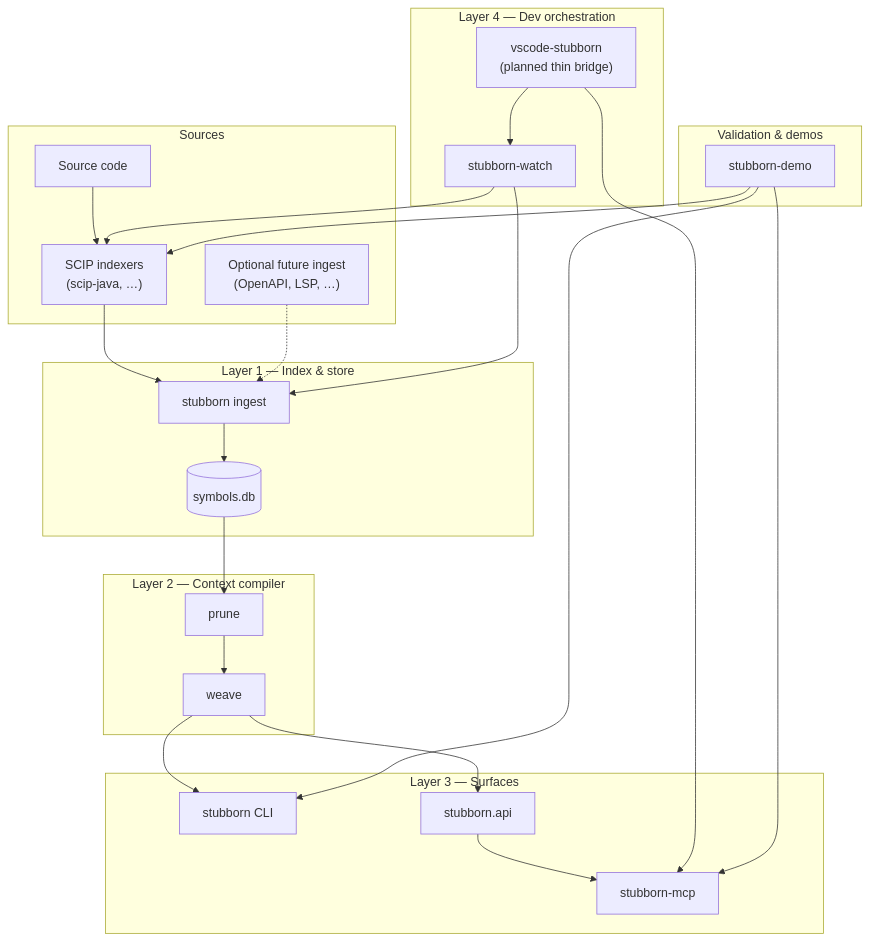
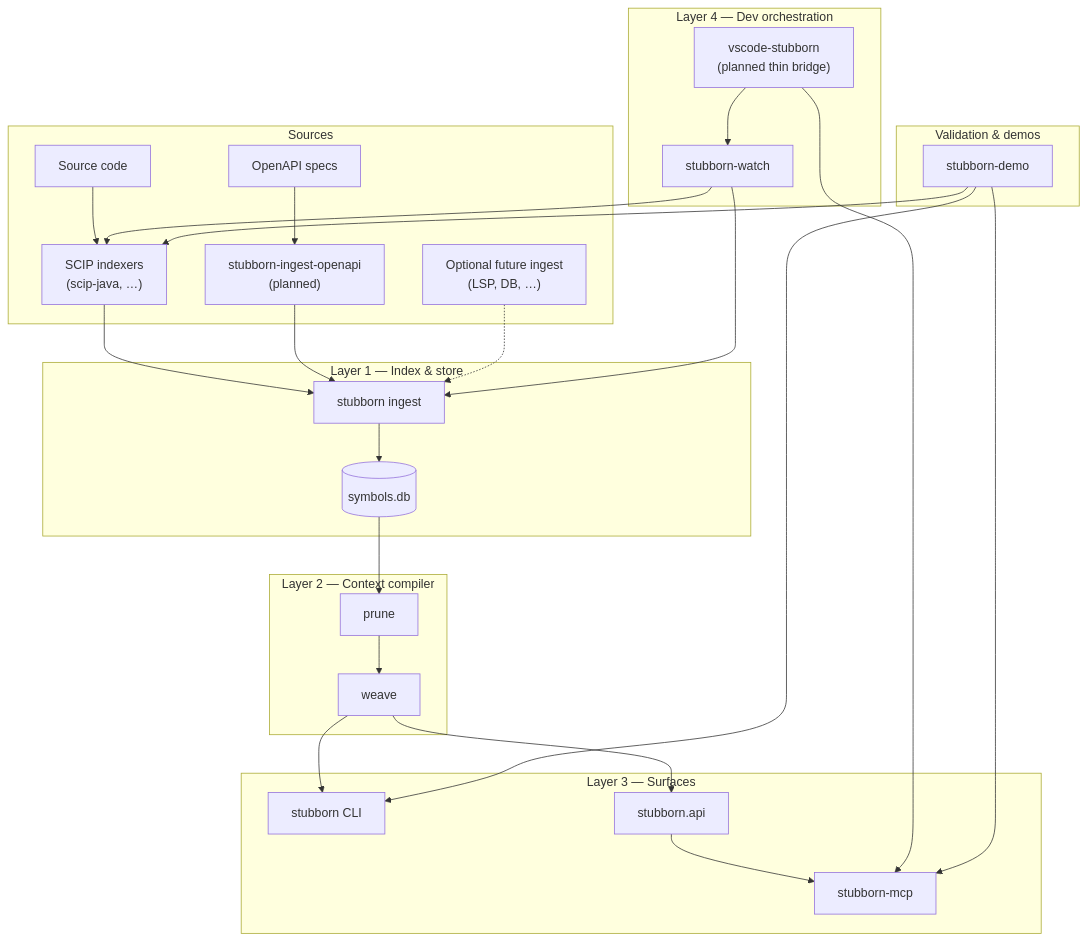
One commit to stubborn-ai/stubborn-hub changed the first of 3 diagrams in docs/ARCHITECTURE.md. Above: the diagram before and after it, drawn with Mermaid. The commit also changed other lines of this file and 4 other files, not shown here.

First line of the commit message:
Promote OpenAPI ingest adapter.

````diff
--- a/docs/ARCHITECTURE.md
+++ b/docs/ARCHITECTURE.md
@@ -15,47 +15,50 @@
 ```mermaid
 flowchart TB
   subgraph sources["Sources"]
     SRC["Source code"]
+    OPENAPI["OpenAPI specs"]
     SCIP_IDX["SCIP indexers<br/>(scip-java, …)"]
-    ALT["Optional future ingest<br/>(OpenAPI, LSP, …)"]
+    OPENAPI_ING["stubborn-ingest-openapi<br/>(planned)"]
+    ALT["Optional future ingest<br/>(LSP, DB, …)"]
   end
 
   subgraph L1["Layer 1 — Index & store"]
     ING["stubborn ingest"]
     DB[(symbols.db)]
     SRC --> SCIP_IDX --> ING
+    OPENAPI --> OPENAPI_ING --> ING
     ALT -.-> ING
     ING --> DB
   end
 
   subgraph L2["Layer 2 — Context compiler"]
     PRU["prune"]
     WEA["weave"]
     DB --> PRU --> WEA
   end
 
   subgraph L3["Layer 3 — Surfaces"]
     CLI["stubborn CLI"]
     API["stubborn.api"]
     MCP["stubborn-mcp"]
     WEA --> CLI
     WEA --> API
     API --> MCP
   end
 
   subgraph L4["Layer 4 — Dev orchestration"]
     WATCH["stubborn-watch"]
     IDE["vscode-stubborn<br/>(planned thin bridge)"]
     WATCH --> SCIP_IDX
     WATCH --> ING
     IDE --> MCP
     IDE --> WATCH
   end
 
   subgraph VAL["Validation & demos"]
     DEMO["stubborn-demo"]
     DEMO --> SCIP_IDX
     DEMO --> CLI
     DEMO --> MCP
   end
 ```
````
